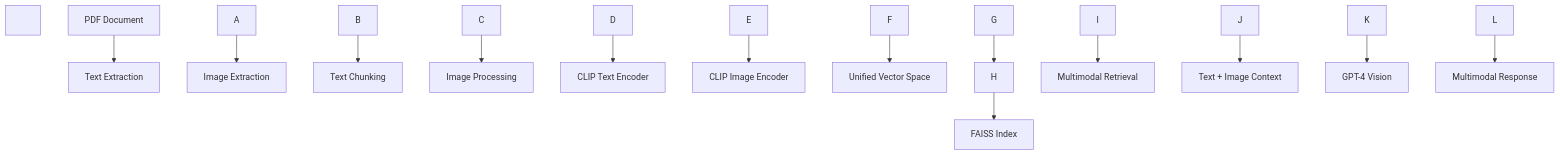
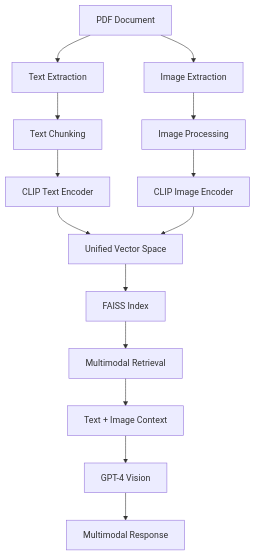
Before and after one commit to dhruvsh1997/AdvanceRAG-Concepts-Langchain: the second of 6 diagrams in README.MD, drawn with Mermaid. The commit also changed other lines of this file, not shown here.

````diff
--- a/README.MD
+++ b/README.MD
@@ -173,31 +90,16 @@
 ```mermaid
-
 graph TD
-
-&nbsp;   A\[PDF Document] --> B\[Text Extraction]
-
-&nbsp;   A --> C\[Image Extraction]
-
-&nbsp;   B --> D\[Text Chunking]
-
-&nbsp;   C --> E\[Image Processing]
-
-&nbsp;   D --> F\[CLIP Text Encoder]
-
-&nbsp;   E --> G\[CLIP Image Encoder]
-
-&nbsp;   F --> H\[Unified Vector Space]
-
-&nbsp;   G --> H
-
-&nbsp;   H --> I\[FAISS Index]
-
-&nbsp;   I --> J\[Multimodal Retrieval]
-
-&nbsp;   J --> K\[Text + Image Context]
-
-&nbsp;   K --> L\[GPT-4 Vision]
-
-&nbsp;   L --> M\[Multimodal Response]
-
+    A[PDF Document] --> B[Text Extraction]
+    A --> C[Image Extraction]
+    B --> D[Text Chunking]
+    C --> E[Image Processing]
+    D --> F[CLIP Text Encoder]
+    E --> G[CLIP Image Encoder]
+    F --> H[Unified Vector Space]
+    G --> H
+    H --> I[FAISS Index]
+    I --> J[Multimodal Retrieval]
+    J --> K[Text + Image Context]
+    K --> L[GPT-4 Vision]
+    L --> M[Multimodal Response]
 ```
````
